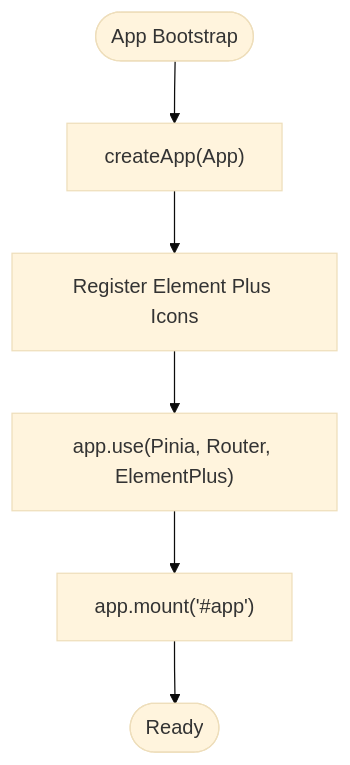
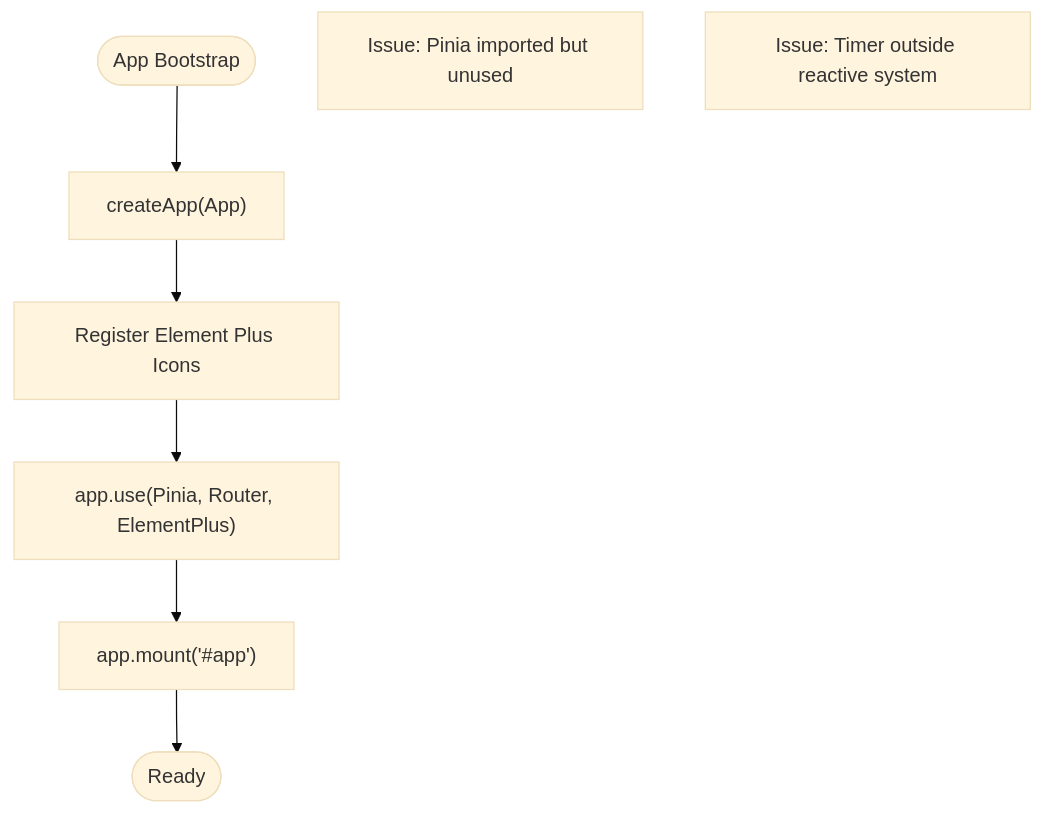
The fourth of 6 diagrams in .qoder/repowiki/en/content/Development Guidelines.md (fengyong/ai-ops), drawn with Mermaid (base theme) before and after one commit. The commit also changed other lines of this file and 7 other files, not shown here.

````diff
--- a/.qoder/repowiki/en/content/Development Guidelines.md
+++ b/.qoder/repowiki/en/content/Development Guidelines.md
@@ -189,8 +276,10 @@
 ```mermaid
 flowchart TD
 Start(["App Bootstrap"]) --> CreateApp["createApp(App)"]
 CreateApp --> RegisterIcons["Register Element Plus Icons"]
 RegisterIcons --> UsePlugins["app.use(Pinia, Router, ElementPlus)"]
+Note1["Issue: Pinia imported but unused"]
 UsePlugins --> Mount["app.mount('#app')"]
 Mount --> End(["Ready"])
+Note2["Issue: Timer outside reactive system"]
 ```
````
